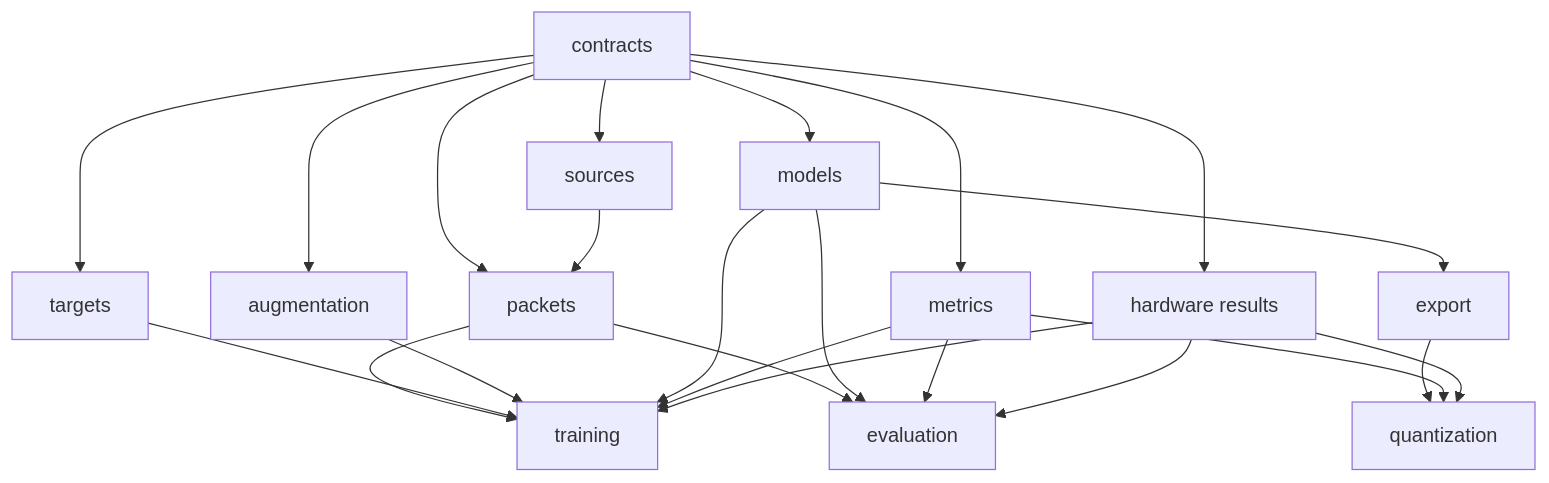
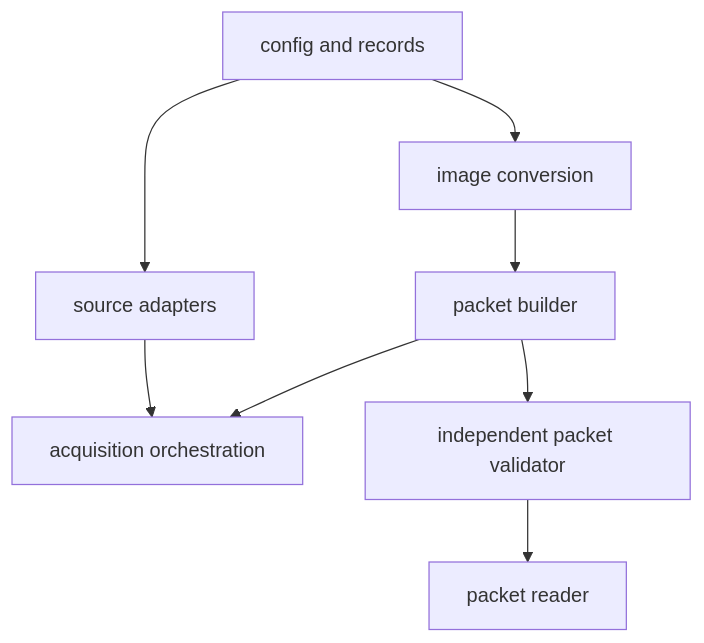
Before and after one commit to SzymonPrajs/Tracker: the diagram in docs/code-organization.md, drawn with Mermaid. The commit also changed other lines of this file and 30 other files, not shown here.

````diff
--- a/docs/code-organization.md
+++ b/docs/code-organization.md
@@ -46,25 +46,10 @@
 ```mermaid
 flowchart TD
-  C["contracts"] --> S["sources"]
-  C --> P["packets"]
-  S --> P
-  C --> T["targets"]
-  C --> A["augmentation"]
-  C --> M["models"]
-  C --> R["metrics"]
-  P --> N["training"]
-  T --> N
-  A --> N
-  M --> N
-  R --> N
-  M --> E["export"]
-  E --> Q["quantization"]
-  R --> Q
-  P --> V["evaluation"]
-  M --> V
-  R --> V
-  C --> H["hardware results"]
-  H --> N
-  H --> Q
-  H --> V
+  C["config and records"] --> S["source adapters"]
+  C --> I["image conversion"]
+  S --> A["acquisition orchestration"]
+  I --> P["packet builder"]
+  P --> A
+  P --> V["independent packet validator"]
+  V --> R["packet reader"]
 ```
````
